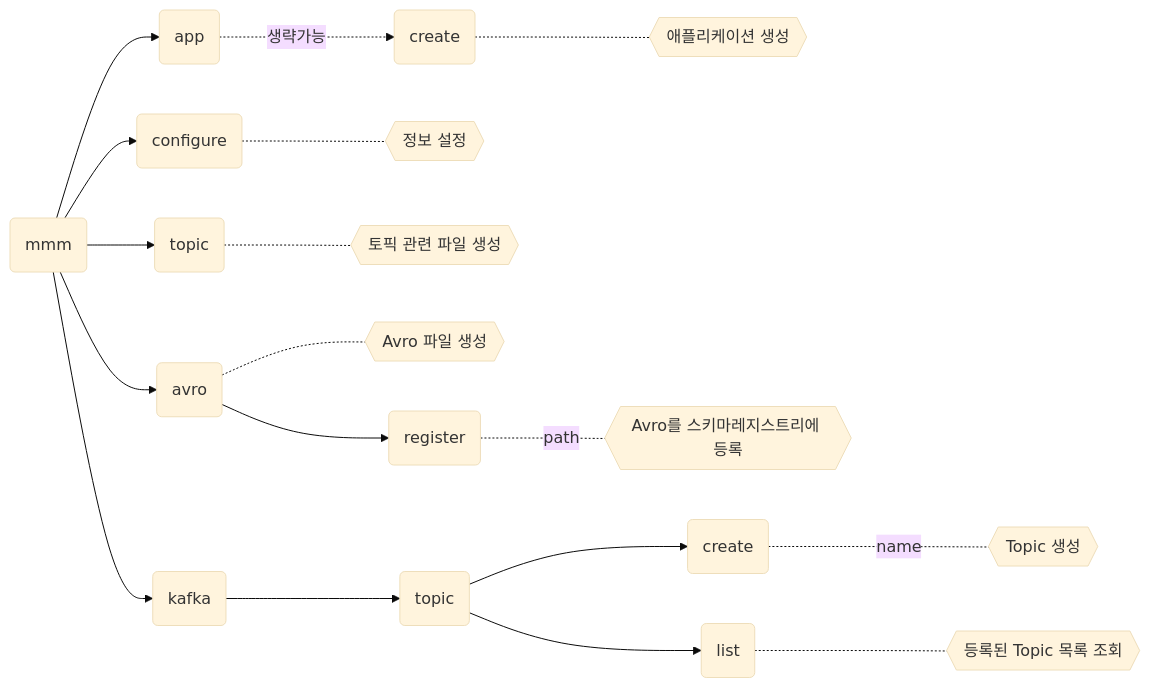
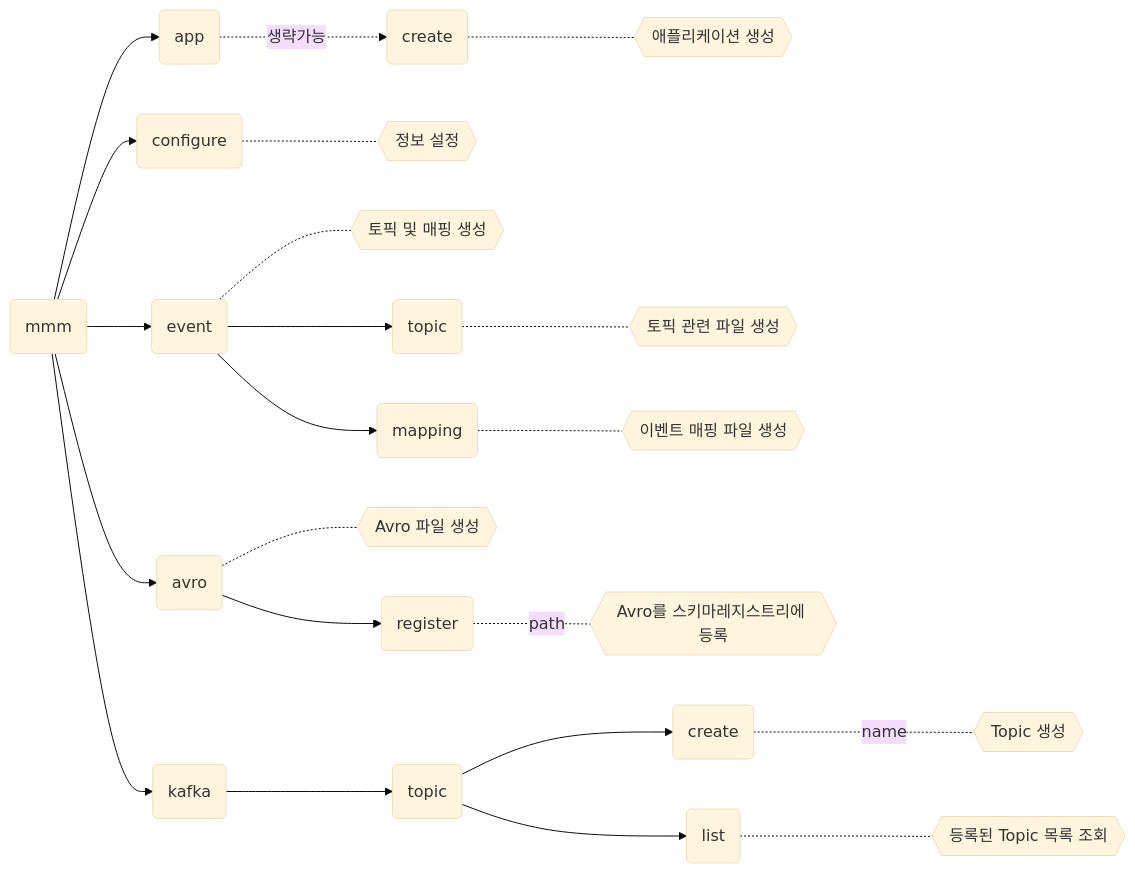
The diagram in README.md (monolith-taehyun/mommos-cli), drawn with Mermaid (base theme) before and after one commit. The commit also changed other lines of this file, not shown here.

````diff
--- a/README.md
+++ b/README.md
@@ -43,22 +43,24 @@
 ```mermaid
 graph LR
 
 Main(mmm) --> APP(app)
 Main --> CONF(configure)
-Main --> TOPIC(topic)
+Main --> EVENT(event)
 Main --> AVRO(avro)
 Main --> KAFKA(kafka)
 
 APP -.-> |생략가능| APP_CREATE(create) -.- ACR{{애플리케이션 생성}}
 
 CONF -.- CONF_DESC{{정보 설정}}
 
-TOPIC -.- TR{{토픽 관련 파일 생성}}
+EVENT -.- ER{{토픽 및 매핑 생성}}
+EVENT --> EVENT_TOPIC(topic) -.- ETR{{토픽 관련 파일 생성}}
+EVENT --> EVENT_MAPPING(mapping) -.- EMR{{이벤트 매핑 파일 생성}}
 
 AVRO -.- AVCR{{Avro 파일 생성}}
 AVRO --> AVRO_REGISTER(register) -.- |path| AVREGR{{Avro를 스키마레지스트리에 등록}}
 
 KAFKA --> KAFKA_TOPIC(topic)
 KAFKA_TOPIC --> KAFKA_TOPIC_CREATE(create) -.- |name|KTCR{{Topic 생성}}
 KAFKA_TOPIC --> KAFKA_TOPIC_LIST(list) -.- KTLR{{등록된 Topic 목록 조회}}
 ```
````
